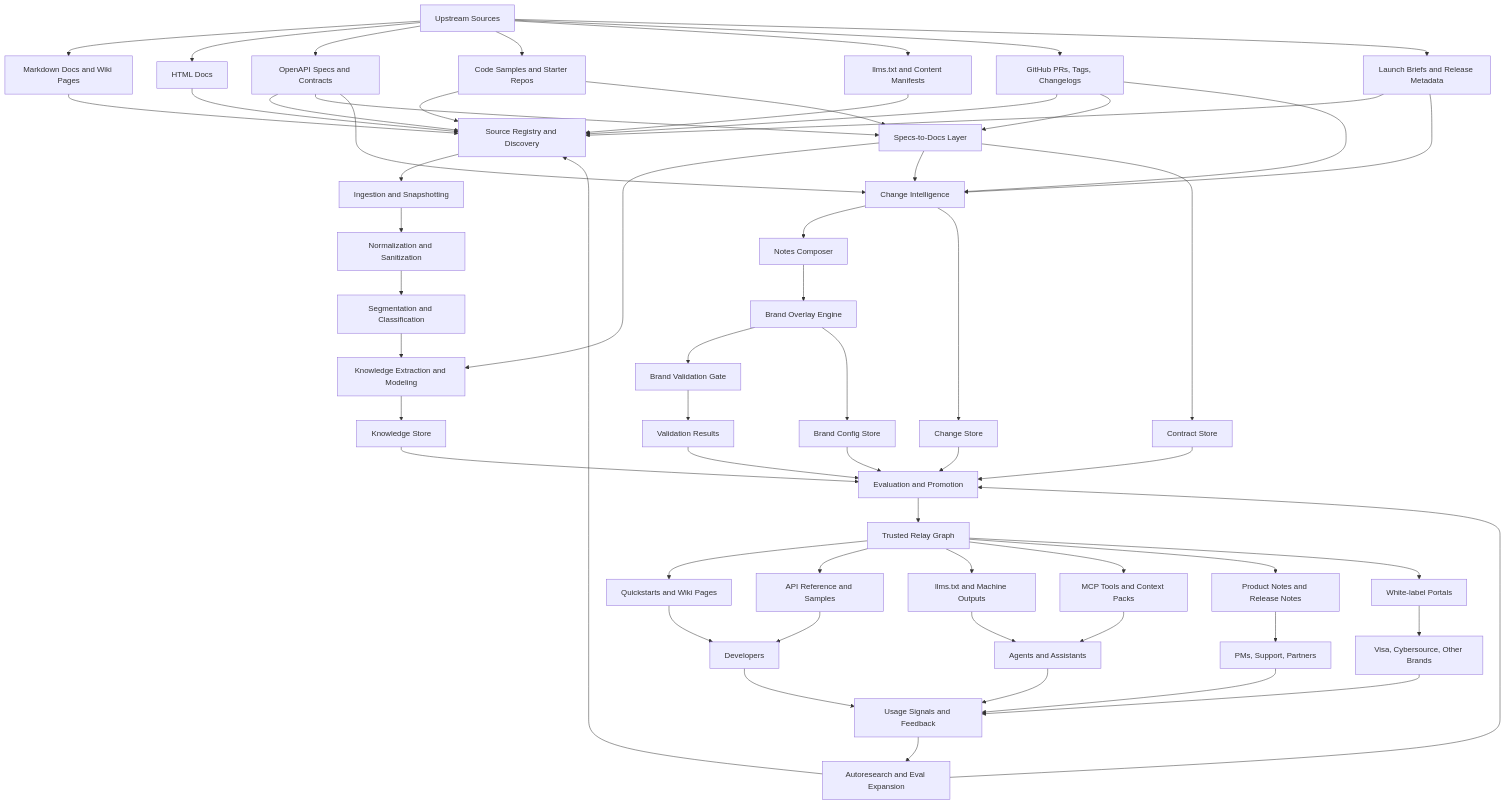
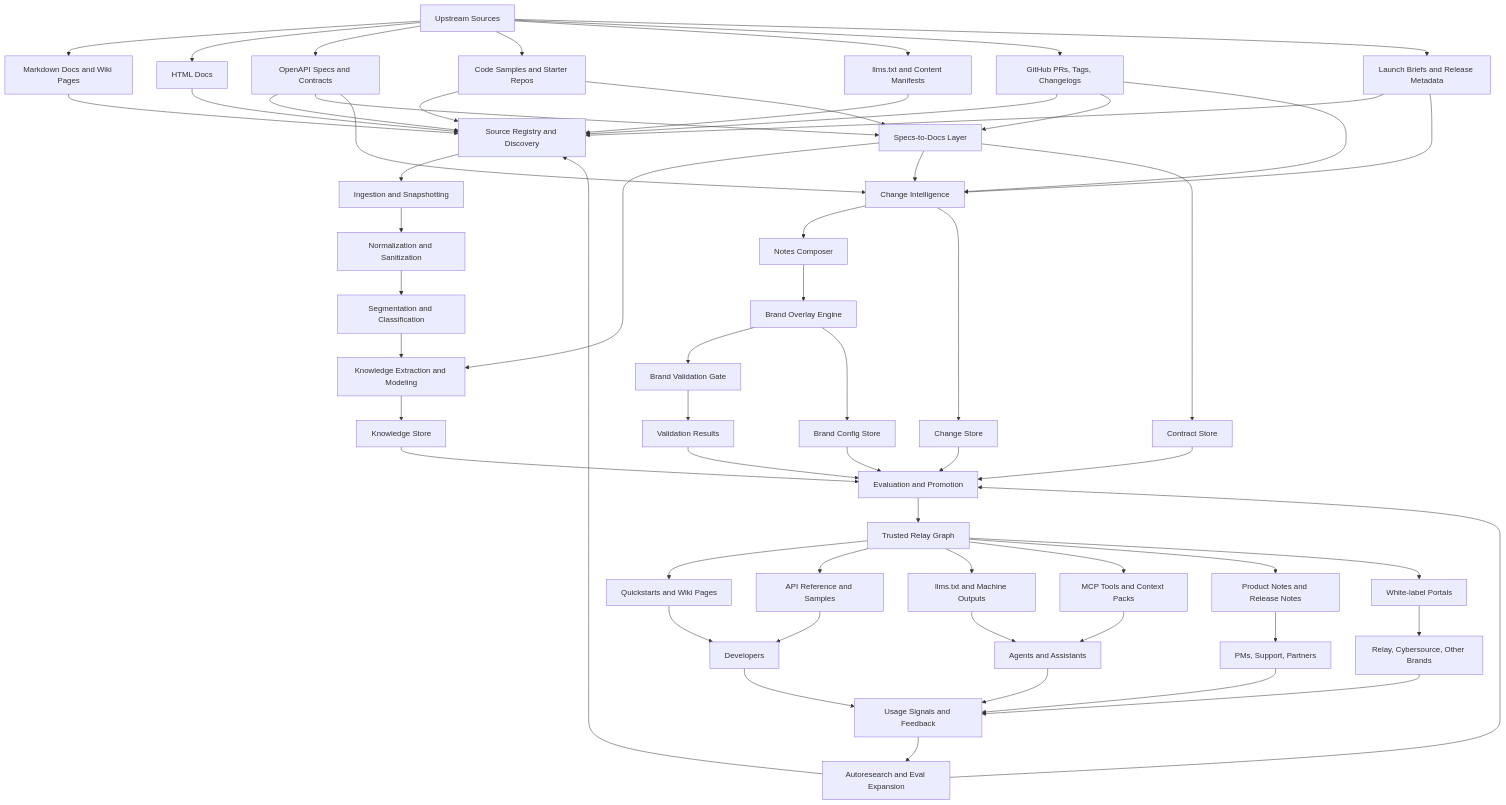
The diagram in docs/plans/2026-08-04-003-feat-relay-service-decomposition-plan.md (Poornimajagannath/bench-new), drawn with Mermaid before and after one commit. The commit also changed other lines of this file and 245 other files, not shown here.

````diff
--- a/docs/plans/2026-08-04-003-feat-relay-service-decomposition-plan.md
+++ b/docs/plans/2026-08-04-003-feat-relay-service-decomposition-plan.md
@@ -22,73 +22,73 @@
 ```mermaid
 flowchart TD
     A[Upstream Sources] --> A1[Markdown Docs and Wiki Pages]
     A --> A2[HTML Docs]
     A --> A3[OpenAPI Specs and Contracts]
     A --> A4[Code Samples and Starter Repos]
     A --> A5[llms.txt and Content Manifests]
     A --> A6[GitHub PRs, Tags, Changelogs]
     A --> A7[Launch Briefs and Release Metadata]
 
     A1 --> B[Source Registry and Discovery]
     A2 --> B
     A3 --> B
     A4 --> B
     A5 --> B
     A6 --> B
     A7 --> B
 
     B --> C[Ingestion and Snapshotting]
     C --> D[Normalization and Sanitization]
     D --> E[Segmentation and Classification]
 
     E --> F[Knowledge Extraction and Modeling]
     A3 --> G[Specs-to-Docs Layer]
     A4 --> G
     A6 --> G
     G --> F
 
     A3 --> H[Change Intelligence]
     A6 --> H
     A7 --> H
     G --> H
     H --> I[Notes Composer]
     I --> J[Brand Overlay Engine]
     J --> K[Brand Validation Gate]
 
     F --> L[Knowledge Store]
     G --> M[Contract Store]
     H --> N[Change Store]
     J --> O[Brand Config Store]
     K --> P[Validation Results]
 
     L --> Q[Evaluation and Promotion]
     M --> Q
     N --> Q
     O --> Q
     P --> Q
 
     Q --> R[Trusted Relay Graph]
 
     R --> S1[Quickstarts and Wiki Pages]
     R --> S2[API Reference and Samples]
     R --> S3[llms.txt and Machine Outputs]
     R --> S4[MCP Tools and Context Packs]
     R --> S5[Product Notes and Release Notes]
     R --> S6[White-label Portals]
 
     S1 --> T[Developers]
     S2 --> T
     S3 --> U[Agents and Assistants]
     S4 --> U
     S5 --> V[PMs, Support, Partners]
-    S6 --> W[Visa, Cybersource, Other Brands]
+    S6 --> W[Relay, Cybersource, Other Brands]
 
     T --> X[Usage Signals and Feedback]
     U --> X
     V --> X
     W --> X
 
     X --> Y[Autoresearch and Eval Expansion]
     Y --> B
     Y --> Q
 ```
````
